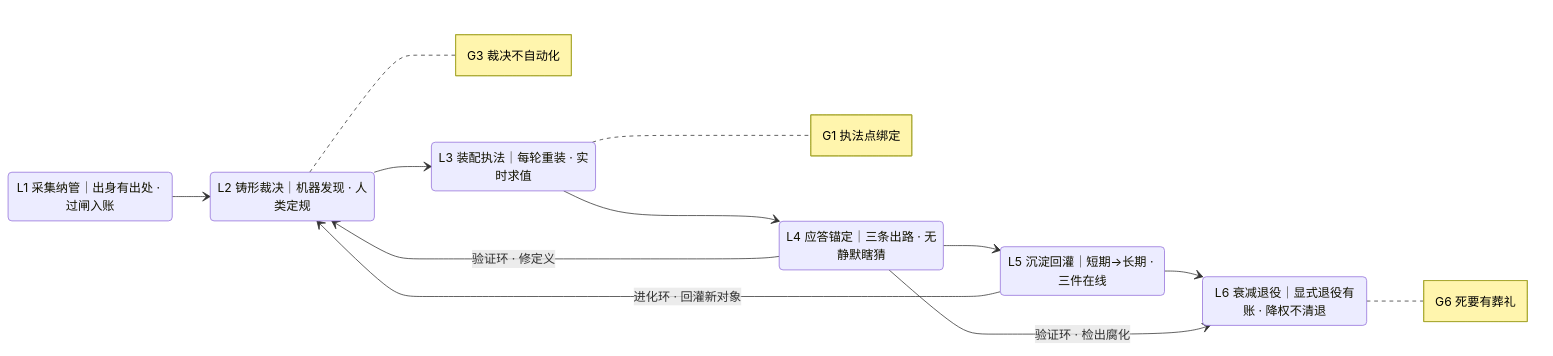
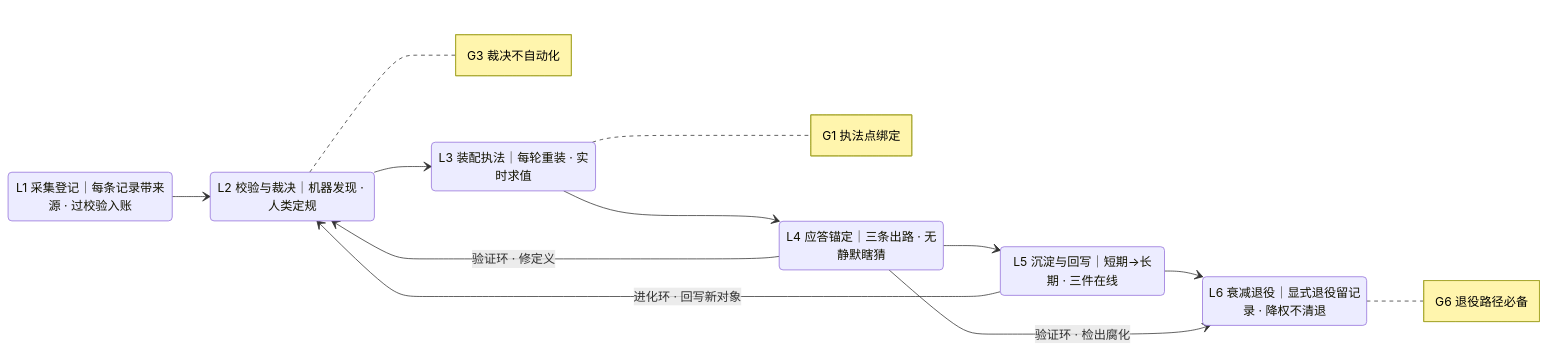
The diagram in docs/assets/mermaid/cognitive-context/context-layer--lifecycle.mmd (ThreeFish-AI/negentropy), drawn with Mermaid before and after one commit. The commit also changed 111 other files, not shown here.

First line of the commit message:
docs(cognitive-context): 13 张 Context Layer 配图去比喻重渲——candidate 全量入库、节点拓扑坐标零变动;

```diff
--- a/docs/assets/mermaid/cognitive-context/context-layer--lifecycle.mmd
+++ b/docs/assets/mermaid/cognitive-context/context-layer--lifecycle.mmd
@@ -1,23 +1,23 @@
 %%source: docs/research/cognitive-context/013-context-layer-blueprint.md §9 时间面：生命周期六段两环（概览 §3.4；G1–G7 判据句 §9.5）
 %%slug: cognitive-context/context-layer--lifecycle
 %%type: lifecycle
-%%derived: archify lifecycle v1（首制 lifecycle 版式），由 dataflow v2 CGAVE 五段单程重绘为六段两环——验证环/进化环一等化、G 法则钉段间转换；旧图见 git 史
+%%derived: archify lifecycle v1（首制 lifecycle 版式），由 dataflow v2 CGAVE 五段单程重绘为六段两环——验证环/进化环与主流程同级、G 法则绑定段间转换；旧图见 git 史
 stateDiagram-v2
     direction LR
-    L1 : L1 采集纳管｜出身有出处 · 过闸入账
-    L2 : L2 铸形裁决｜机器发现 · 人类定规
+    L1 : L1 采集登记｜每条记录带来源 · 过校验入账
+    L2 : L2 校验与裁决｜机器发现 · 人类定规
     L3 : L3 装配执法｜每轮重装 · 实时求值
     L4 : L4 应答锚定｜三条出路 · 无静默瞎猜
-    L5 : L5 沉淀回灌｜短期→长期 · 三件在线
-    L6 : L6 衰减退役｜显式退役有账 · 降权不清退
+    L5 : L5 沉淀与回写｜短期→长期 · 三件在线
+    L6 : L6 衰减退役｜显式退役留记录 · 降权不清退
     L1 --> L2
     L2 --> L3
     L3 --> L4
     L4 --> L5
     L5 --> L6
     L4 --> L2 : 验证环 · 修定义
     L4 --> L6 : 验证环 · 检出腐化
-    L5 --> L2 : 进化环 · 回灌新对象
+    L5 --> L2 : 进化环 · 回写新对象
     note right of L3 : G1 执法点绑定
     note right of L2 : G3 裁决不自动化
-    note right of L6 : G6 死要有葬礼
+    note right of L6 : G6 退役路径必备
```
